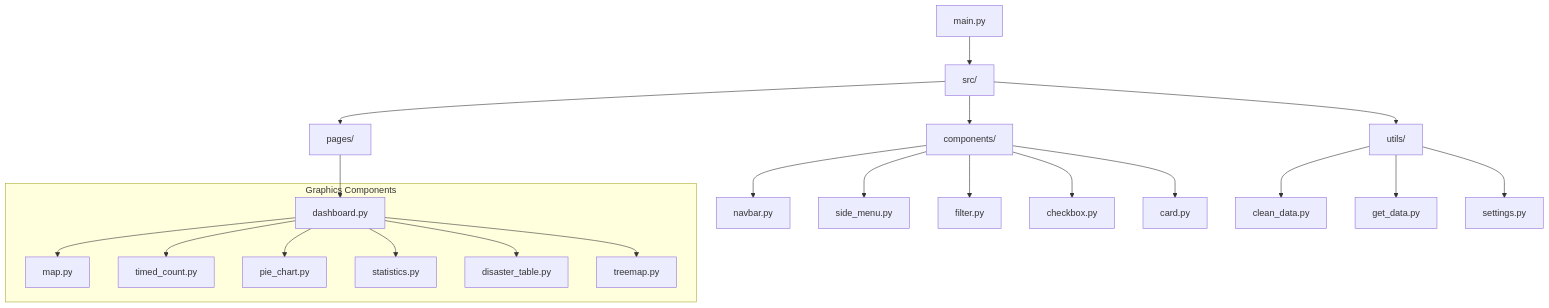
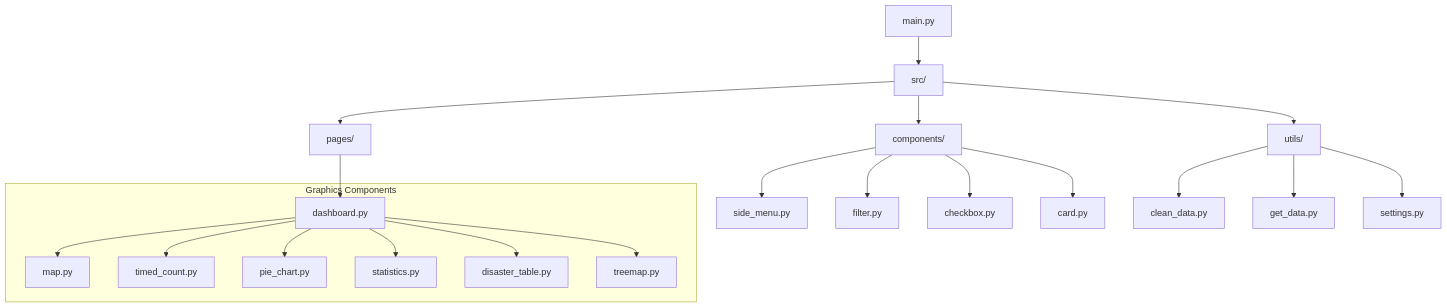
One commit to luucas7/disasters changed the first of 2 diagrams in README.md. Above: the diagram before and after it, drawn with Mermaid.

````diff
--- a/README.md
+++ b/README.md
@@ -75,28 +75,27 @@
 ```mermaid
 graph TD
     A[main.py] --> B[src/]
     B --> C[components/]
     B --> D[pages/]
     B --> E[utils/]
     
-    C --> C1[navbar.py]
-    C --> C2[side_menu.py]
-    C --> C3[filter.py]
-    C --> C4[checkbox.py]
-    C --> C5[card.py]
+    C --> C1[side_menu.py]
+    C --> C2[filter.py]
+    C --> C3[checkbox.py]
+    C --> C4[card.py]
     
     D --> D1[dashboard.py]
     
     E --> E1[clean_data.py]
     E --> E2[get_data.py]
     E --> E3[settings.py]
 
     subgraph Graphics Components
         D1 --> G1[map.py]
         D1 --> G2[timed_count.py]
         D1 --> G3[pie_chart.py]
         D1 --> G4[statistics.py]
         D1 --> G5[disaster_table.py]
         D1 --> G6[treemap.py]
     end
 ```
````
